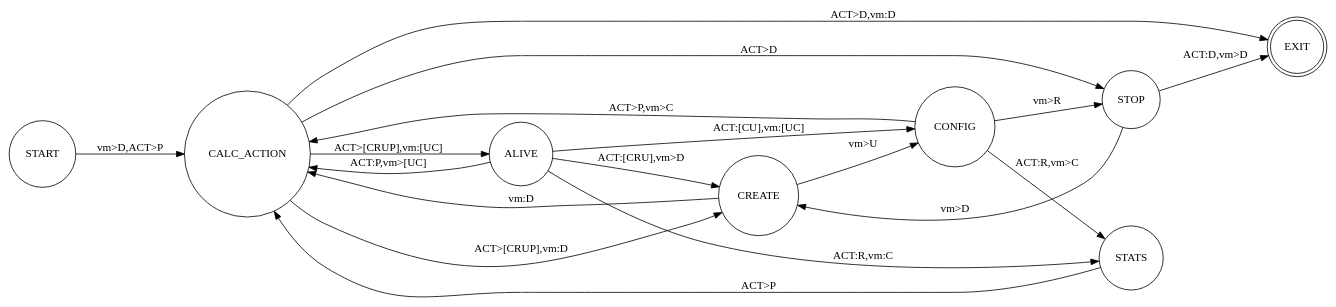
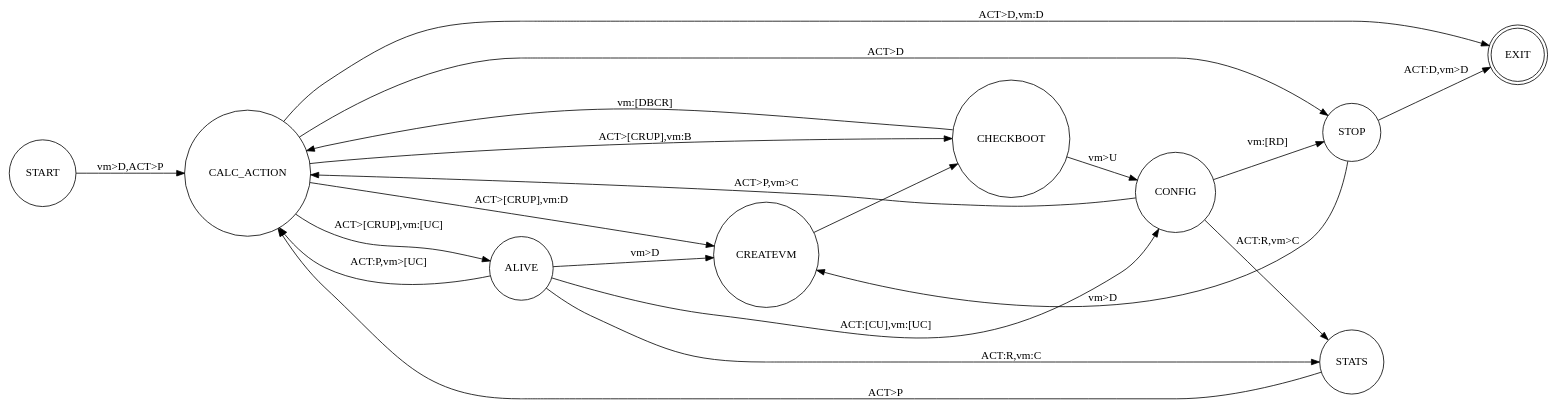
Before and after one commit to openstack-archive/astara: the diagram in doc/source/state_machine.dot, drawn with Graphviz. The commit also changed 1 other file, not shown here.

```diff
--- a/doc/source/state_machine.dot
+++ b/doc/source/state_machine.dot
@@ -1,30 +1,33 @@
 digraph rug {
   rankdir=LR;
   node [shape = doublecircle]; EXIT;
   node [shape = circle];
 
   START -> CALC_ACTION [ label = "vm>D,ACT>P" ];
 
   CALC_ACTION -> ALIVE [ label = "ACT>[CRUP],vm:[UC]" ];
   CALC_ACTION -> EXIT [ label = "ACT>D,vm:D" ];
   CALC_ACTION -> STOP [ label = "ACT>D" ];
-  CALC_ACTION -> CREATE [ label = "ACT>[CRUP],vm:D" ];
+  CALC_ACTION -> CREATEVM [ label = "ACT>[CRUP],vm:D" ];
+  CALC_ACTION -> CHECKBOOT [ label = "ACT>[CRUP],vm:B" ];
 
-  ALIVE -> CREATE [ label = "ACT:[CRU],vm>D" ];
+  ALIVE -> CREATEVM [ label = "vm>D" ];
   ALIVE -> CONFIG [ label = "ACT:[CU],vm:[UC]" ];
   ALIVE -> STATS [ label = "ACT:R,vm:C" ];
   ALIVE -> CALC_ACTION [ label = "ACT:P,vm>[UC]" ];
 
-  CREATE -> CALC_ACTION [ label = "vm:D" ];
-  CREATE -> CONFIG [ label = "vm>U" ];
+  CREATEVM -> CHECKBOOT
 
-  CONFIG -> STOP [ label = "vm>R" ];
+  CHECKBOOT -> CONFIG [ label = "vm>U" ]
+  CHECKBOOT -> CALC_ACTION [ label = "vm:[DBCR]" ]
+
+  CONFIG -> STOP [ label = "vm:[RD]" ];
   CONFIG -> STATS [ label = "ACT:R,vm>C" ];
   CONFIG -> CALC_ACTION [ label = "ACT>P,vm>C" ];
 
   STATS -> CALC_ACTION [ label = "ACT>P" ];
 
   STOP -> EXIT [ label = "ACT:D,vm>D" ];
-  STOP -> CREATE [ label = "vm>D" ];
+  STOP -> CREATEVM [ label = "vm>D" ];
 
 }
```
